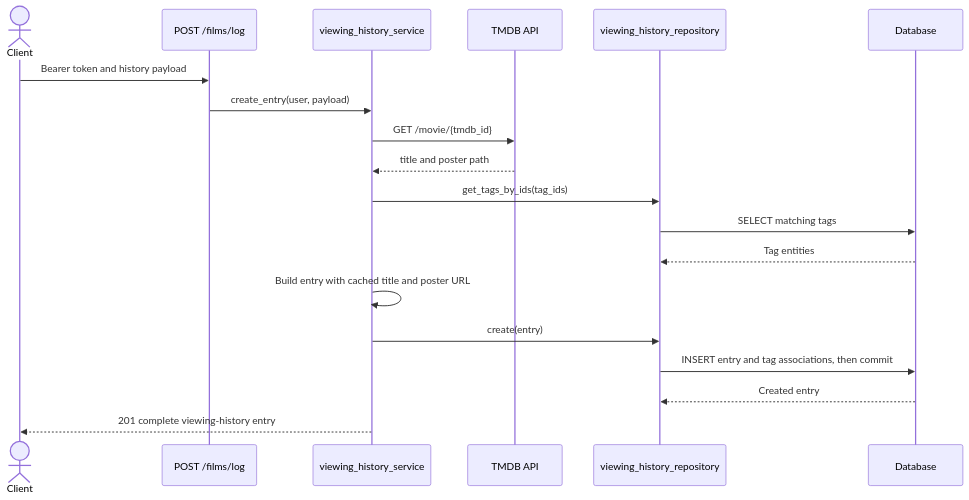
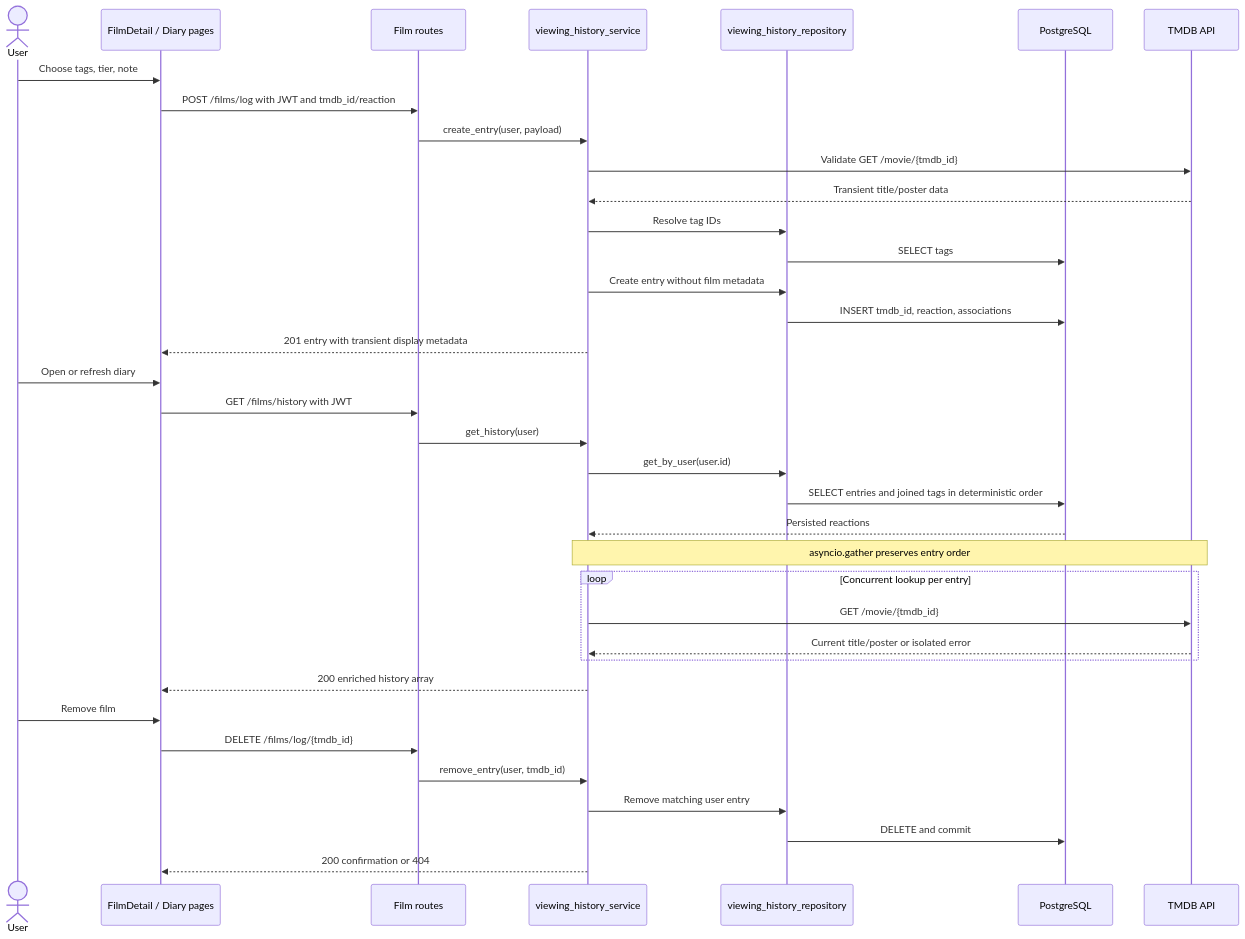
The third of 4 diagrams in docs/diagrams/SequenceDiagrams.md (zahin-dev/Film-like), drawn with Mermaid before and after one commit. The commit also changed other lines of this file and 42 other files, not shown here.

First line of the commit message:
feat: complete ES-backed Film-like recommendation MVP

````diff
--- a/docs/diagrams/SequenceDiagrams.md
+++ b/docs/diagrams/SequenceDiagrams.md
@@ -141,22 +77,41 @@
 ```mermaid
 sequenceDiagram
-    actor Client
-    participant Route as POST /films/log
+    actor User
+    participant UI as FilmDetail / Diary pages
+    participant Route as Film routes
     participant Service as viewing_history_service
+    participant Repo as viewing_history_repository
+    participant DB as PostgreSQL
     participant TMDB as TMDB API
-    participant Repo as viewing_history_repository
-    participant DB as Database
 
-    Client->>Route: Bearer token and history payload
+    User->>UI: Choose tags, tier, note
+    UI->>Route: POST /films/log with JWT and tmdb_id/reaction
     Route->>Service: create_entry(user, payload)
-    Service->>TMDB: GET /movie/{tmdb_id}
-    TMDB-->>Service: title and poster path
-    Service->>Repo: get_tags_by_ids(tag_ids)
-    Repo->>DB: SELECT matching tags
-    DB-->>Repo: Tag entities
-    Service->>Service: Build entry with cached title and poster URL
-    Service->>Repo: create(entry)
-    Repo->>DB: INSERT entry and tag associations, then commit
-    DB-->>Repo: Created entry
-    Service-->>Client: 201 complete viewing-history entry
+    Service->>TMDB: Validate GET /movie/{tmdb_id}
+    TMDB-->>Service: Transient title/poster data
+    Service->>Repo: Resolve tag IDs
+    Repo->>DB: SELECT tags
+    Service->>Repo: Create entry without film metadata
+    Repo->>DB: INSERT tmdb_id, reaction, associations
+    Service-->>UI: 201 entry with transient display metadata
+
+    User->>UI: Open or refresh diary
+    UI->>Route: GET /films/history with JWT
+    Route->>Service: get_history(user)
+    Service->>Repo: get_by_user(user.id)
+    Repo->>DB: SELECT entries and joined tags in deterministic order
+    DB-->>Service: Persisted reactions
+    Note over Service,TMDB: asyncio.gather preserves entry order
+    loop Concurrent lookup per entry
+        Service->>TMDB: GET /movie/{tmdb_id}
+        TMDB-->>Service: Current title/poster or isolated error
+    end
+    Service-->>UI: 200 enriched history array
+
+    User->>UI: Remove film
+    UI->>Route: DELETE /films/log/{tmdb_id}
+    Route->>Service: remove_entry(user, tmdb_id)
+    Service->>Repo: Remove matching user entry
+    Repo->>DB: DELETE and commit
+    Service-->>UI: 200 confirmation or 404
 ```
````
